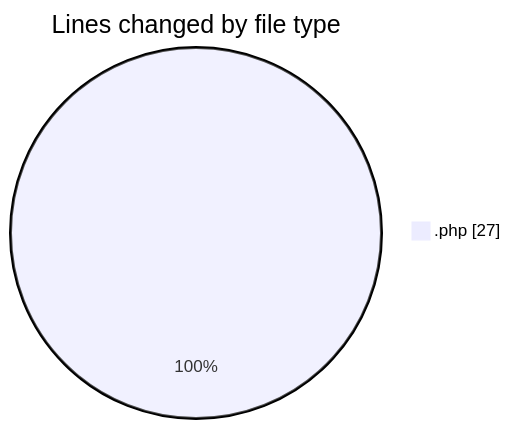
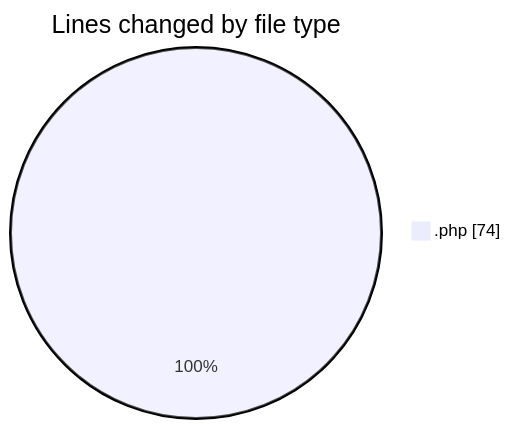
Before and after one commit to LanceThiago/code-tracking: the first of 2 diagrams in 2025-03-17/web/README.md, drawn with Mermaid. The commit also changed other lines of this file and 1 other file, not shown here.

````diff
--- a/2025-03-17/web/README.md
+++ b/2025-03-17/web/README.md
@@ -20,5 +21,5 @@
 ```mermaid
 pie showData
 title Lines changed by file type
-".php" : 27
+".php" : 74
 ```
````
